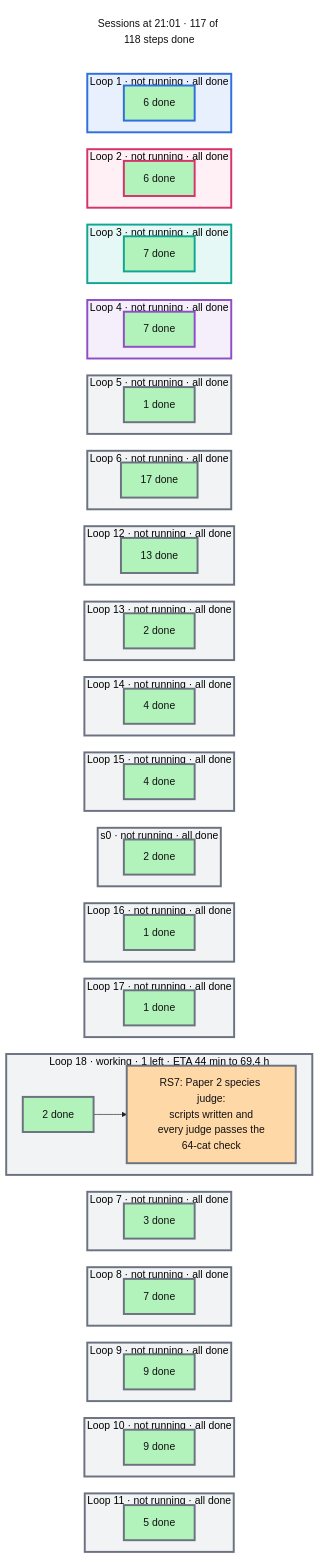
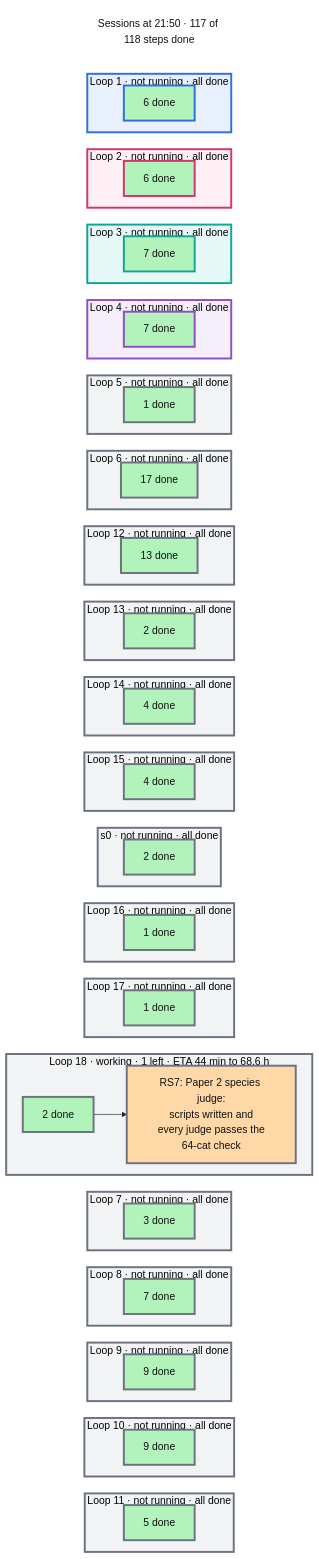
One commit to mo-rsa24/concept-composition changed the diagram in artifacts/notes/progress/sessions.mmd. Above: the diagram before and after it, drawn with Mermaid. The commit also changed 9 other files, not shown here.

```diff
--- a/artifacts/notes/progress/sessions.mmd
+++ b/artifacts/notes/progress/sessions.mmd
@@ -1,124 +1,124 @@
 %%{init: {'theme': 'base', 'themeVariables': {'fontFamily': 'monospace', 'primaryColor': '#ffffff', 'primaryBorderColor': '#222222', 'primaryTextColor': '#111111', 'lineColor': '#222222'}, 'flowchart': {'nodeSpacing': 16, 'rankSpacing': 26}}}%%
 flowchart TB
   classDef done fill:#b2f2bb,color:#111111
   classDef doing fill:#ffd8a8,color:#111111
   classDef todo fill:#e9ecef,color:#111111
   classDef note fill:#ffffff,stroke:#c92a2a,stroke-dasharray:5 5,color:#c92a2a
-  now["Sessions at 21:01 · 117 of 118 steps done"]
+  now["Sessions at 21:50 · 117 of 118 steps done"]
   style now fill:#ffffff,stroke:#ffffff,color:#111111
   subgraph L0["Loop 1 · not running · all done"]
     direction LR
     d0["6 done"]:::done
   end
   subgraph L1["Loop 2 · not running · all done"]
     direction LR
     d1["6 done"]:::done
   end
   subgraph L2["Loop 3 · not running · all done"]
     direction LR
     d2["7 done"]:::done
   end
   subgraph L3["Loop 4 · not running · all done"]
     direction LR
     d3["7 done"]:::done
   end
   subgraph L4["Loop 5 · not running · all done"]
     direction LR
     d4["1 done"]:::done
   end
   subgraph L5["Loop 6 · not running · all done"]
     direction LR
     d5["17 done"]:::done
   end
   subgraph L6["Loop 12 · not running · all done"]
     direction LR
     d6["13 done"]:::done
   end
   subgraph L7["Loop 13 · not running · all done"]
     direction LR
     d7["2 done"]:::done
   end
   subgraph L8["Loop 14 · not running · all done"]
     direction LR
     d8["4 done"]:::done
   end
   subgraph L9["Loop 15 · not running · all done"]
     direction LR
     d9["4 done"]:::done
   end
   subgraph L10["s0 · not running · all done"]
     direction LR
     d10["2 done"]:::done
   end
   subgraph L11["Loop 16 · not running · all done"]
     direction LR
     d11["1 done"]:::done
   end
   subgraph L12["Loop 17 · not running · all done"]
     direction LR
     d12["1 done"]:::done
   end
-  subgraph L13["Loop 18 · working · 1 left · ETA 44 min to 69.4 h"]
+  subgraph L13["Loop 18 · working · 1 left · ETA 44 min to 68.6 h"]
     direction LR
     d13["2 done"]:::done --> n_RS7["RS7: Paper 2 species judge:<br/>scripts written and<br/>every judge passes the<br/>64-cat check"]:::doing
   end
   subgraph L14["Loop 7 · not running · all done"]
     direction LR
     d14["3 done"]:::done
   end
   subgraph L15["Loop 8 · not running · all done"]
     direction LR
     d15["7 done"]:::done
   end
   subgraph L16["Loop 9 · not running · all done"]
     direction LR
     d16["9 done"]:::done
   end
   subgraph L17["Loop 10 · not running · all done"]
     direction LR
     d17["9 done"]:::done
   end
   subgraph L18["Loop 11 · not running · all done"]
     direction LR
     d18["5 done"]:::done
   end
   now ~~~ L0 ~~~ L1 ~~~ L2 ~~~ L3 ~~~ L4 ~~~ L5 ~~~ L6 ~~~ L7 ~~~ L8 ~~~ L9 ~~~ L10 ~~~ L11 ~~~ L12 ~~~ L13 ~~~ L14 ~~~ L15 ~~~ L16 ~~~ L17 ~~~ L18
   style L0 fill:#e8f0fd,stroke:#2f6fde,stroke-width:3px
   style d0 stroke:#2f6fde,stroke-width:3px
   style L1 fill:#fff0f6,stroke:#d6336c,stroke-width:3px
   style d1 stroke:#d6336c,stroke-width:3px
   style L2 fill:#e6f8f5,stroke:#12a594,stroke-width:3px
   style d2 stroke:#12a594,stroke-width:3px
   style L3 fill:#f5effb,stroke:#8e4ec6,stroke-width:3px
   style d3 stroke:#8e4ec6,stroke-width:3px
   style L4 fill:#f1f3f5,stroke:#6b7280,stroke-width:3px
   style d4 stroke:#6b7280,stroke-width:3px
   style L5 fill:#f1f3f5,stroke:#6b7280,stroke-width:3px
   style d5 stroke:#6b7280,stroke-width:3px
   style L6 fill:#f1f3f5,stroke:#6b7280,stroke-width:3px
   style d6 stroke:#6b7280,stroke-width:3px
   style L7 fill:#f1f3f5,stroke:#6b7280,stroke-width:3px
   style d7 stroke:#6b7280,stroke-width:3px
   style L8 fill:#f1f3f5,stroke:#6b7280,stroke-width:3px
   style d8 stroke:#6b7280,stroke-width:3px
   style L9 fill:#f1f3f5,stroke:#6b7280,stroke-width:3px
   style d9 stroke:#6b7280,stroke-width:3px
   style L10 fill:#f1f3f5,stroke:#6b7280,stroke-width:3px
   style d10 stroke:#6b7280,stroke-width:3px
   style L11 fill:#f1f3f5,stroke:#6b7280,stroke-width:3px
   style d11 stroke:#6b7280,stroke-width:3px
   style L12 fill:#f1f3f5,stroke:#6b7280,stroke-width:3px
   style d12 stroke:#6b7280,stroke-width:3px
   style L13 fill:#f1f3f5,stroke:#6b7280,stroke-width:3px
   style d13 stroke:#6b7280,stroke-width:3px
   style n_RS7 stroke:#6b7280,stroke-width:3px
   style L14 fill:#f1f3f5,stroke:#6b7280,stroke-width:3px
   style d14 stroke:#6b7280,stroke-width:3px
   style L15 fill:#f1f3f5,stroke:#6b7280,stroke-width:3px
   style d15 stroke:#6b7280,stroke-width:3px
   style L16 fill:#f1f3f5,stroke:#6b7280,stroke-width:3px
   style d16 stroke:#6b7280,stroke-width:3px
   style L17 fill:#f1f3f5,stroke:#6b7280,stroke-width:3px
   style d17 stroke:#6b7280,stroke-width:3px
   style L18 fill:#f1f3f5,stroke:#6b7280,stroke-width:3px
   style d18 stroke:#6b7280,stroke-width:3px
```
